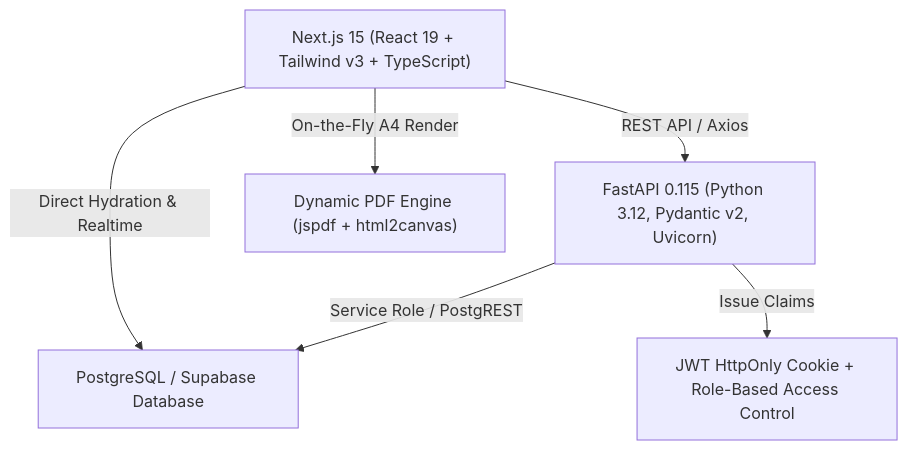
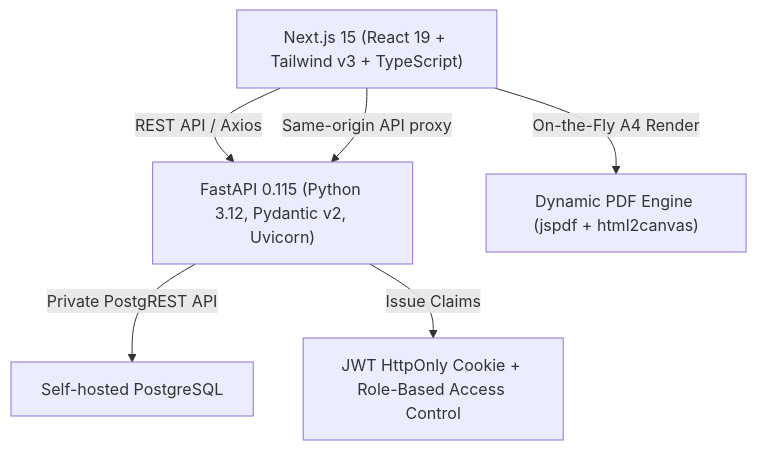
The first of 2 diagrams in README.md (kl1lng/Psychology), drawn with Mermaid before and after one commit. The commit also changed other lines of this file and 118 other files, not shown here.

Commit message:
Prepare AISezim 2.0 self-hosted deployment

````diff
--- a/README.md
+++ b/README.md
@@ -77,14 +89,14 @@
 ```mermaid
 graph TD
     Client["Next.js 15 (React 19 + Tailwind v3 + TypeScript)"]
     API["FastAPI 0.115 (Python 3.12, Pydantic v2, Uvicorn)"]
-    DB["PostgreSQL / Supabase Database"]
+    DB["Self-hosted PostgreSQL"]
     Auth["JWT HttpOnly Cookie + Role-Based Access Control"]
     PDF["Dynamic PDF Engine (jspdf + html2canvas)"]
 
     Client -->|REST API / Axios| API
-    Client -->|Direct Hydration & Realtime| DB
+    Client -->|Same-origin API proxy| API
     Client -->|On-the-Fly A4 Render| PDF
-    API -->|Service Role / PostgREST| DB
+    API -->|Private PostgREST API| DB
     API -->|Issue Claims| Auth
 ```
````
